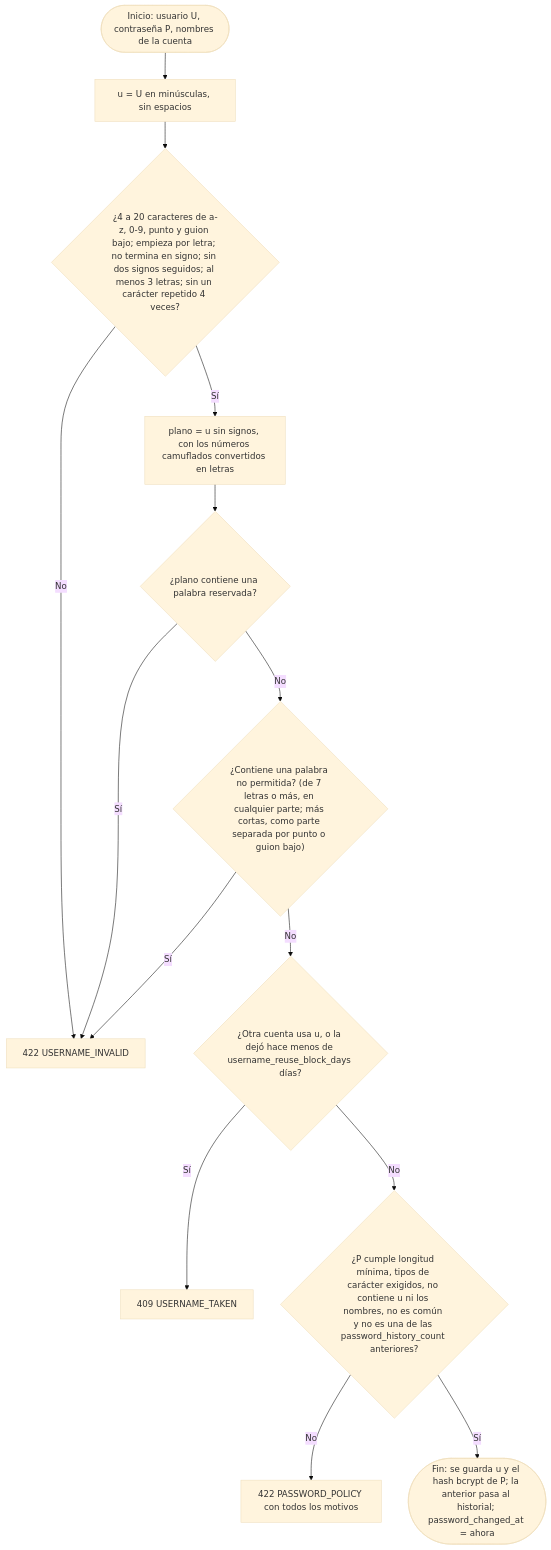
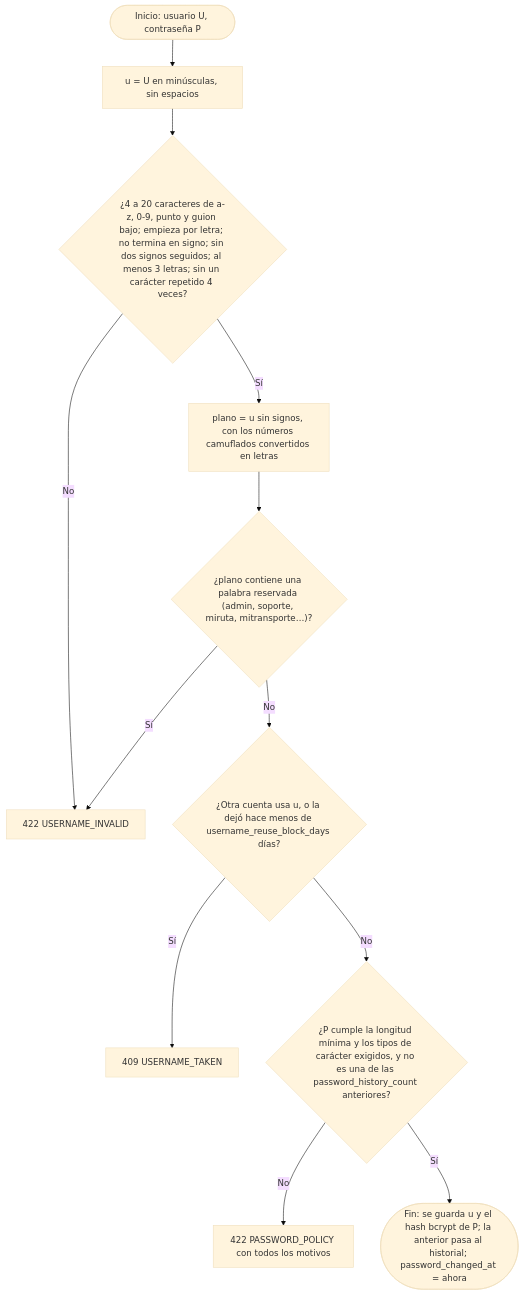
One commit to maicolalmaralestamayo/MiRuta changed the first of 36 diagrams in docs/07-algoritmos.md. Above: the diagram before and after it, drawn with Mermaid (base theme). The commit also changed other lines of this file and 4 other files, not shown here.

````diff
--- a/docs/07-algoritmos.md
+++ b/docs/07-algoritmos.md
@@ -44,16 +49,14 @@
 ```mermaid
 flowchart TD
-    A(["Inicio: usuario U, contraseña P, nombres de la cuenta"]) --> B["u = U en minúsculas, sin espacios"]
+    A(["Inicio: usuario U, contraseña P"]) --> B["u = U en minúsculas, sin espacios"]
     B --> C{"¿4 a 20 caracteres de a-z, 0-9, punto y guion bajo; empieza por letra; no termina en signo; sin dos signos seguidos; al menos 3 letras; sin un carácter repetido 4 veces?"}
     C -->|No| X1["422 USERNAME_INVALID"]
     C -->|Sí| D["plano = u sin signos, con los números camuflados convertidos en letras"]
-    D --> E{"¿plano contiene una palabra reservada?"}
+    D --> E{"¿plano contiene una palabra reservada (admin, soporte, miruta, mitransporte…)?"}
     E -->|Sí| X1
-    E -->|No| F{"¿Contiene una palabra no permitida? (de 7 letras o más, en cualquier parte; más cortas, como parte separada por punto o guion bajo)"}
-    F -->|Sí| X1
-    F -->|No| G{"¿Otra cuenta usa u, o la dejó hace menos de username_reuse_block_days días?"}
+    E -->|No| G{"¿Otra cuenta usa u, o la dejó hace menos de username_reuse_block_days días?"}
     G -->|Sí| X2["409 USERNAME_TAKEN"]
-    G -->|No| H{"¿P cumple longitud mínima, tipos de carácter exigidos, no contiene u ni los nombres, no es común y no es una de las password_history_count anteriores?"}
+    G -->|No| H{"¿P cumple la longitud mínima y los tipos de carácter exigidos, y no es una de las password_history_count anteriores?"}
     H -->|No| X3["422 PASSWORD_POLICY con todos los motivos"]
     H -->|Sí| Z(["Fin: se guarda u y el hash bcrypt de P; la anterior pasa al historial; password_changed_at = ahora"])
 ```
````
